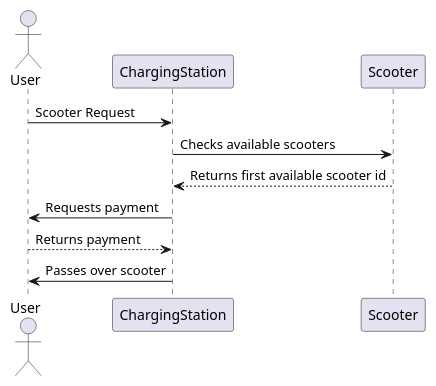
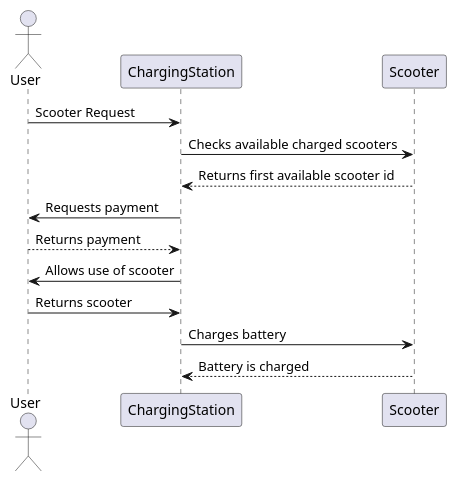
The diagram in scooterhire/sequenceDiagram.wsd (JWardle245/Whitehat), drawn with PlantUML before and after one commit. The commit also changed 9 other files, not shown here.

Commit message:
Started on scooterHire classes and finished class diagrams

```diff
--- a/scooterhire/sequenceDiagram.wsd
+++ b/scooterhire/sequenceDiagram.wsd
@@ -1,9 +1,12 @@
 @startuml Sequence Diagram
 actor User
 User -> ChargingStation: Scooter Request
-ChargingStation -> Scooter: Checks available scooters
+ChargingStation -> Scooter: Checks available charged scooters
 ChargingStation <-- Scooter: Returns first available scooter id
 User <- ChargingStation: Requests payment
 User --> ChargingStation: Returns payment
-User <- ChargingStation: Passes over scooter
+User <- ChargingStation: Allows use of scooter
+User -> ChargingStation: Returns scooter
+ChargingStation -> Scooter: Charges battery
+ChargingStation <-- Scooter: Battery is charged
 @enduml
```
